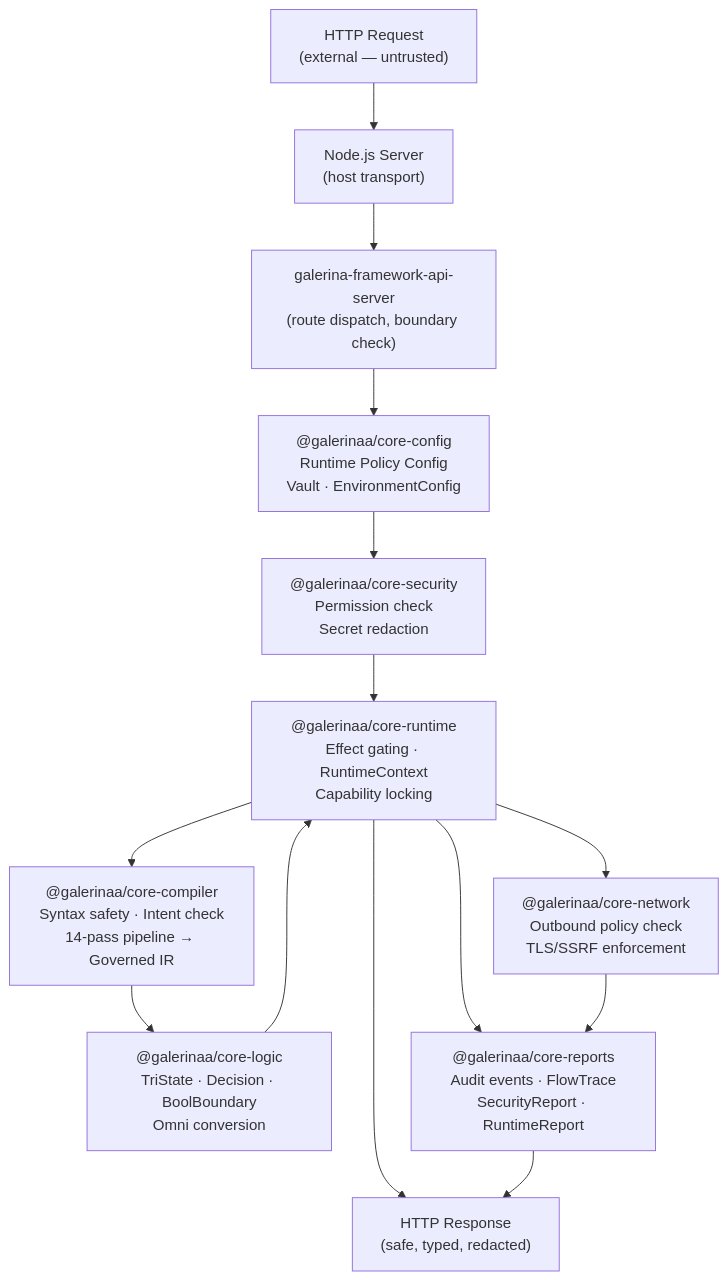
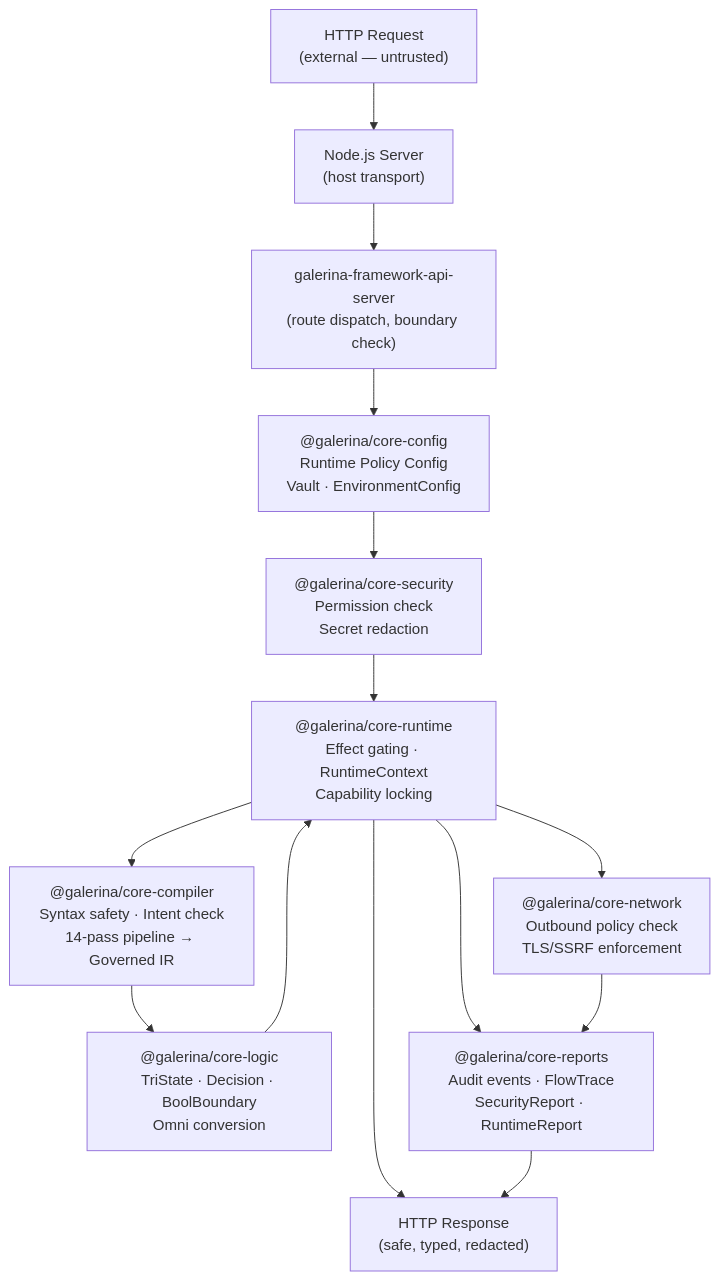
The second of 3 diagrams in docs/Knowledge-Bases/galerina-core-package-architecture.md (zero-trust-framework/LogicN), drawn with Mermaid before and after one commit. The commit also changed other lines of this file and 665 other files, not shown here.

First line of the commit message:
chore(rebrand): finish @galerinaa->@galerina scope typo cleanup

````diff
--- a/docs/Knowledge-Bases/galerina-core-package-architecture.md
+++ b/docs/Knowledge-Bases/galerina-core-package-architecture.md
@@ -74,28 +74,28 @@
 ```mermaid
 flowchart TD
     HTTP["HTTP Request\n(external — untrusted)"]
     Node["Node.js Server\n(host transport)"]
     APIServer["galerina-framework-api-server\n(route dispatch, boundary check)"]
-    Config["@galerinaa/core-config\nRuntime Policy Config\nVault · EnvironmentConfig"]
-    Security["@galerinaa/core-security\nPermission check\nSecret redaction"]
-    Compiler["@galerinaa/core-compiler\nSyntax safety · Intent check\n14-pass pipeline → Governed IR"]
-    Runtime["@galerinaa/core-runtime\nEffect gating · RuntimeContext\nCapability locking"]
-    Logic["@galerinaa/core-logic\nTriState · Decision · BoolBoundary\nOmni conversion"]
-    Network["@galerinaa/core-network\nOutbound policy check\nTLS/SSRF enforcement"]
-    Reports["@galerinaa/core-reports\nAudit events · FlowTrace\nSecurityReport · RuntimeReport"]
+    Config["@galerina/core-config\nRuntime Policy Config\nVault · EnvironmentConfig"]
+    Security["@galerina/core-security\nPermission check\nSecret redaction"]
+    Compiler["@galerina/core-compiler\nSyntax safety · Intent check\n14-pass pipeline → Governed IR"]
+    Runtime["@galerina/core-runtime\nEffect gating · RuntimeContext\nCapability locking"]
+    Logic["@galerina/core-logic\nTriState · Decision · BoolBoundary\nOmni conversion"]
+    Network["@galerina/core-network\nOutbound policy check\nTLS/SSRF enforcement"]
+    Reports["@galerina/core-reports\nAudit events · FlowTrace\nSecurityReport · RuntimeReport"]
     Response["HTTP Response\n(safe, typed, redacted)"]
 
     HTTP --> Node
     Node --> APIServer
     APIServer --> Config
     Config --> Security
     Security --> Runtime
     Runtime --> Compiler
     Compiler --> Logic
     Runtime --> Network
     Runtime --> Reports
     Logic --> Runtime
     Network --> Reports
     Runtime --> Response
     Reports --> Response
 ```
````
